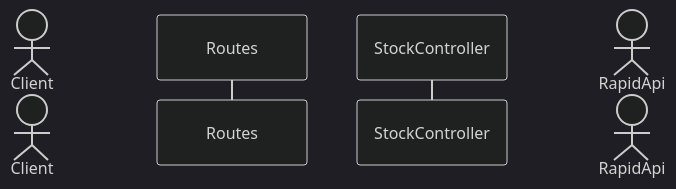
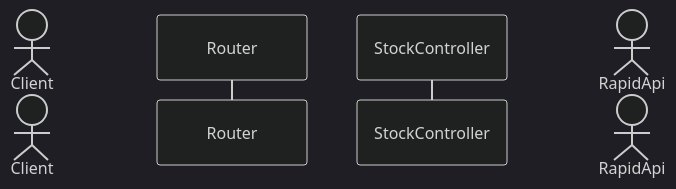
The diagram in design/api/Stocks.mmd (SawatKia/WealthTracking), drawn with Mermaid (dark theme) before and after one commit. The commit also changed 7 other files, not shown here.

Commit message:
change Routes to Router

```diff
--- a/design/api/Stocks.mmd
+++ b/design/api/Stocks.mmd
@@ -1,5 +1,5 @@
 sequenceDiagram
     actor Client
-    participant Routes
+    participant Router
     participant Cont as StockController
     actor RapidApi
```
